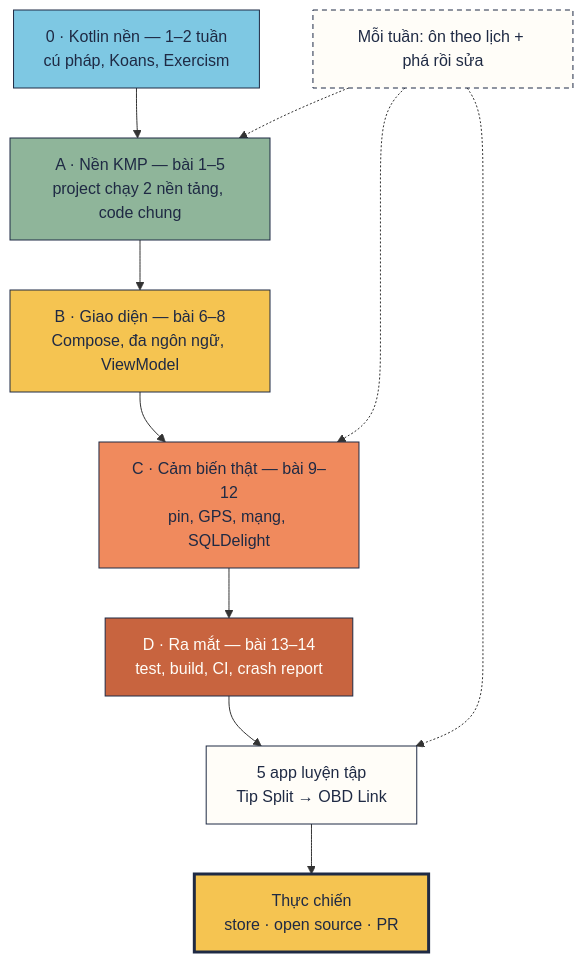
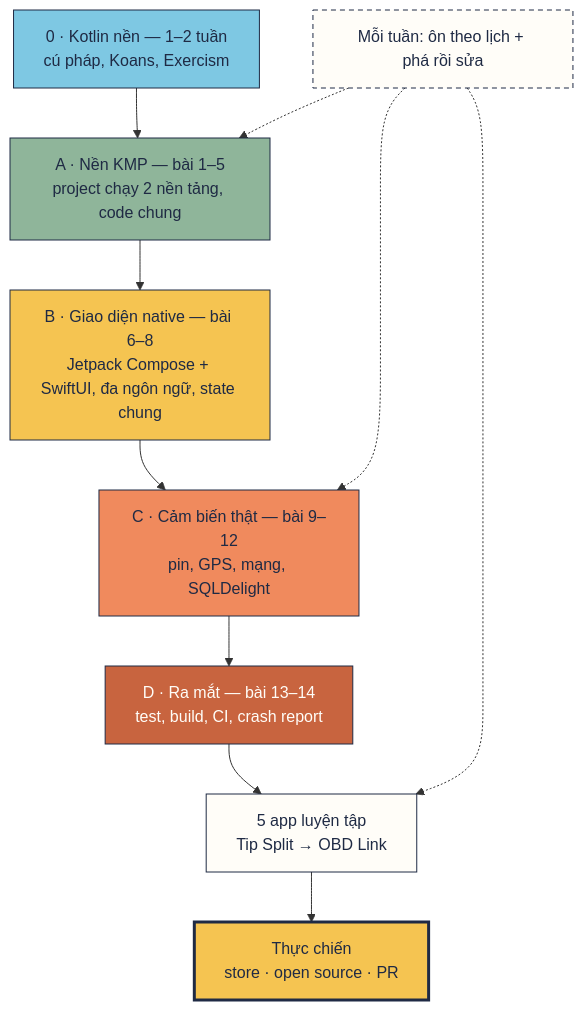
The first of 2 diagrams in docs/roadmap-map.md (tucarmd/kotlin-multi-platform), drawn with Mermaid before and after one commit. The commit also changed other lines of this file and 22 other files, not shown here.

First line of the commit message:
docs(roadmap): UI native — Android in Kotlin + Jetpack Compose, iOS in Swift + SwiftUI on a shared KMP core

````diff
--- a/docs/roadmap-map.md
+++ b/docs/roadmap-map.md
@@ -15,26 +15,26 @@
 ```mermaid
 flowchart TB
   Z["0 · Kotlin nền — 1–2 tuần<br/>cú pháp, Koans, Exercism"] --> A["A · Nền KMP — bài 1–5<br/>project chạy 2 nền tảng, code chung"]
-  A --> B["B · Giao diện — bài 6–8<br/>Compose, đa ngôn ngữ, ViewModel"]
+  A --> B["B · Giao diện native — bài 6–8<br/>Jetpack Compose + SwiftUI, đa ngôn ngữ, state chung"]
   B --> C["C · Cảm biến thật — bài 9–12<br/>pin, GPS, mạng, SQLDelight"]
   C --> D["D · Ra mắt — bài 13–14<br/>test, build, CI, crash report"]
   D --> P["5 app luyện tập<br/>Tip Split → OBD Link"]
   P --> R["Thực chiến<br/>store · open source · PR"]
   X["Mỗi tuần: ôn theo lịch + phá rồi sửa"] -.-> A & C & P
   classDef z fill:#7EC8E3,stroke:#1F2A44,color:#1F2A44
   classDef a fill:#8FB59A,stroke:#1F2A44,color:#1F2A44
   classDef b fill:#F5C451,stroke:#1F2A44,color:#1F2A44
   classDef c fill:#F08A5D,stroke:#1F2A44,color:#1F2A44
   classDef d fill:#C8643F,stroke:#1F2A44,color:#FFFDF8
   classDef p fill:#FFFDF8,stroke:#1F2A44,color:#1F2A44
   classDef r fill:#F5C451,stroke:#1F2A44,color:#1F2A44,stroke-width:3px
   classDef x fill:#FFFDF8,stroke:#1F2A44,color:#1F2A44,stroke-dasharray:5 4
   class Z z
   class A a
   class B b
   class C c
   class D d
   class P p
   class R r
   class X x
 ```
````
